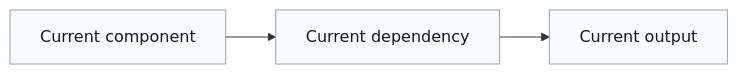
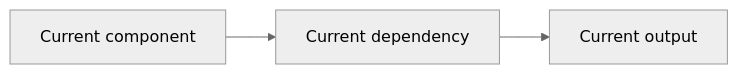
One commit to Hotusa-Data/ehc-agent-harness changed the first of 2 diagrams in skills/utils-skills/mermaid-diagrams/templates/decision_record.md. Above: the diagram before and after it, drawn with Mermaid. The commit also changed other lines of this file and 15 other files, not shown here.

Commit message:
improve mermaid diagrams

````diff
--- a/skills/utils-skills/mermaid-diagrams/templates/decision_record.md
+++ b/skills/utils-skills/mermaid-diagrams/templates/decision_record.md
@@ -51,11 +51,13 @@
 ```mermaid
+---
+config:
+  theme: neutral
+---
 flowchart LR
     accTitle: Current State Architecture
     accDescr: How the system works today before this decision is implemented
 
     current_component["Current component"] --> current_dependency["Current dependency"]
     current_dependency --> current_output["Current output"]
 
-    classDef action fill:#f8fafc,stroke:#94a3b8,stroke-width:1px,color:#0f172a
-    class current_component,current_dependency,current_output action
 ```
````
